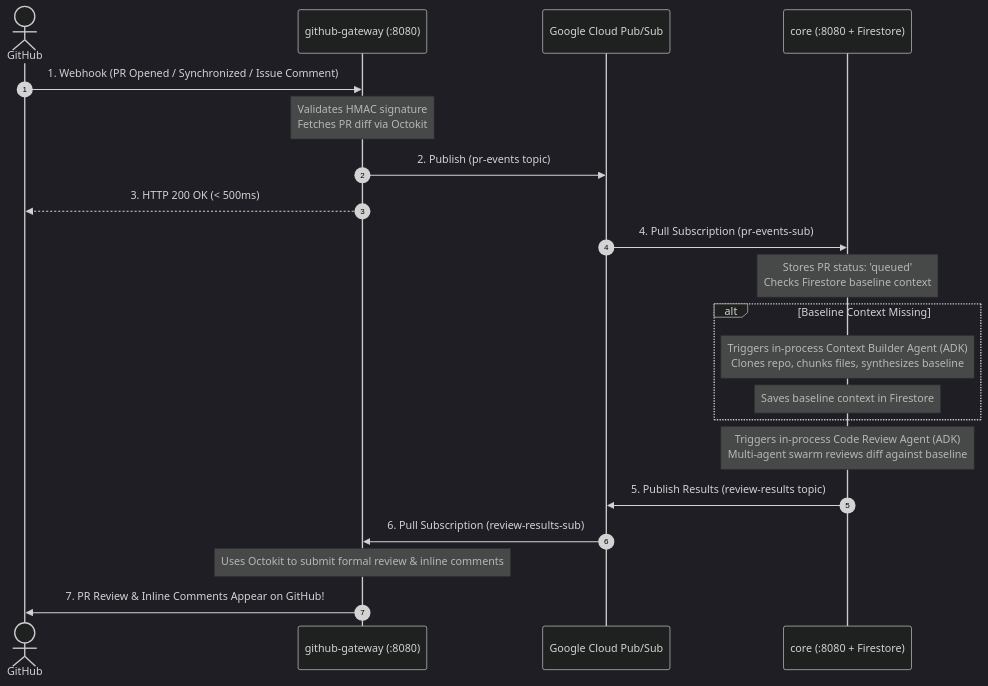
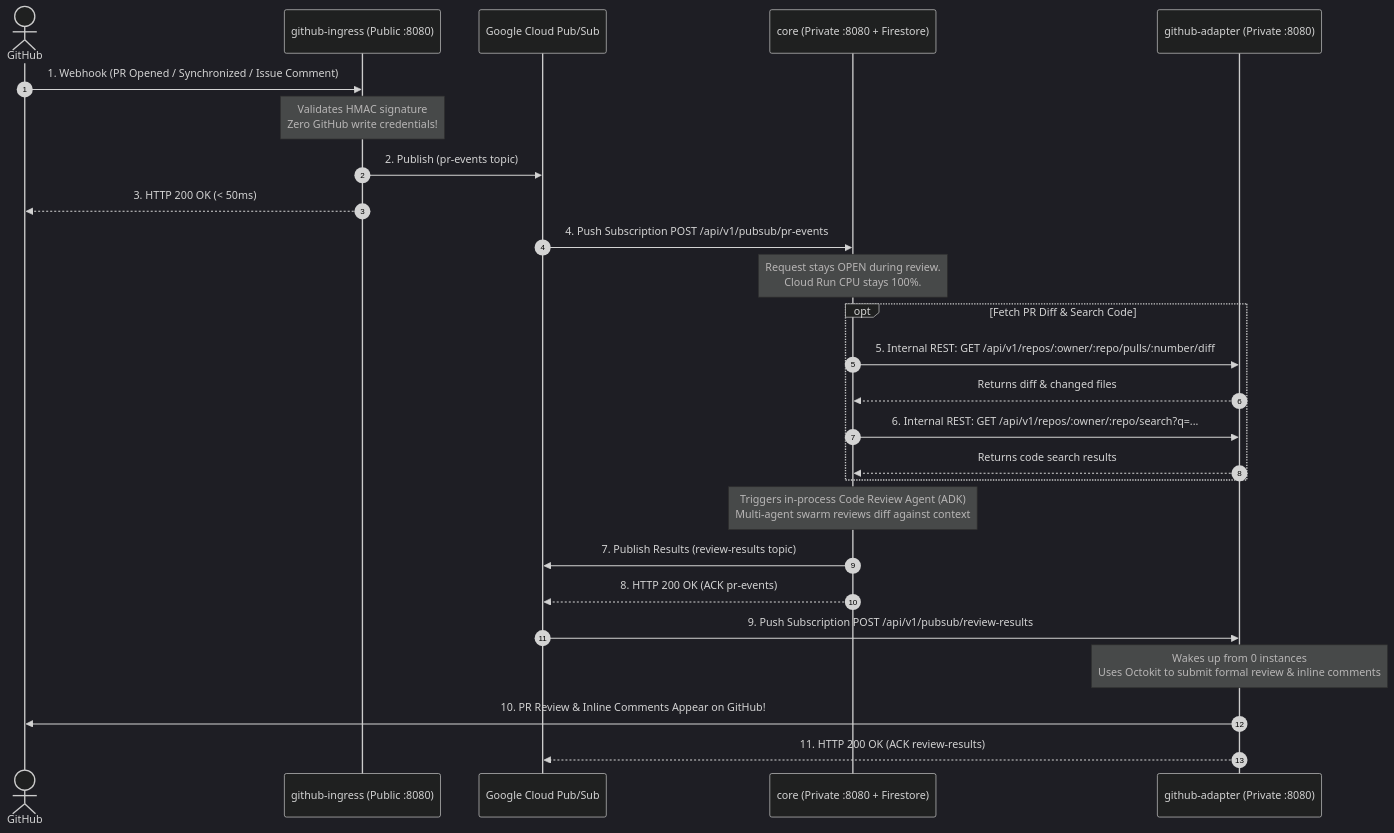
Before and after one commit to usermeme/code-review-agent: the diagram in README.md, drawn with Mermaid (dark theme). The commit also changed other lines of this file and 106 other files, not shown here.

First line of the commit message:
feat(pubsub): support Pub/Sub push subscriptions for serverless scale… (#11)

````diff
--- a/README.md
+++ b/README.md
@@ -23,31 +24,37 @@
 ```mermaid
 sequenceDiagram
     autonumber
     actor GitHub
-    participant GW as github-gateway (:8080)
+    participant Ingress as github-ingress (Public :8080)
     participant Bus as Google Cloud Pub/Sub
-    participant Core as core (:8080 + Firestore)
+    participant Core as core (Private :8080 + Firestore)
+    participant Adapter as github-adapter (Private :8080)
 
     %% 1. Ingress
-    GitHub->>GW: 1. Webhook (PR Opened / Synchronized / Issue Comment)
-    Note over GW: Validates HMAC signature<br/>Fetches PR diff via Octokit
-    GW->>Bus: 2. Publish (pr-events topic)
-    GW-->>GitHub: 3. HTTP 200 OK (< 500ms)
+    GitHub->>Ingress: 1. Webhook (PR Opened / Synchronized / Issue Comment)
+    Note over Ingress: Validates HMAC signature<br/>Zero GitHub write credentials!
+    Ingress->>Bus: 2. Publish (pr-events topic)
+    Ingress-->>GitHub: 3. HTTP 200 OK (< 50ms)
 
     %% 2. Orchestration & Agents (In-process)
-    Bus->>Core: 4. Pull Subscription (pr-events-sub)
-    Note over Core: Stores PR status: 'queued'<br/>Checks Firestore baseline context
-    alt Baseline Context Missing
-        Note over Core: Triggers in-process Context Builder Agent (ADK)<br/>Clones repo, chunks files, synthesizes baseline
-        Note over Core: Saves baseline context in Firestore
+    Bus->>Core: 4. Push Subscription POST /api/v1/pubsub/pr-events
+    Note over Core: Request stays OPEN during review.<br/>Cloud Run CPU stays 100%.
+
+    opt Fetch PR Diff & Search Code
+        Core->>Adapter: 5. Internal REST: GET /api/v1/repos/:owner/:repo/pulls/:number/diff
+        Adapter-->>Core: Returns diff & changed files
+        Core->>Adapter: 6. Internal REST: GET /api/v1/repos/:owner/:repo/search?q=...
+        Adapter-->>Core: Returns code search results
     end
 
     %% 3. Code Review
-    Note over Core: Triggers in-process Code Review Agent (ADK)<br/>Multi-agent swarm reviews diff against baseline
+    Note over Core: Triggers in-process Code Review Agent (ADK)<br/>Multi-agent swarm reviews diff against context
 
     %% 4. Review Completion & Egress
-    Core->>Bus: 5. Publish Results (review-results topic)
-    Bus->>GW: 6. Pull Subscription (review-results-sub)
-    Note over GW: Uses Octokit to submit formal review & inline comments
-    GW->>GitHub: 7. PR Review & Inline Comments Appear on GitHub!
+    Core->>Bus: 7. Publish Results (review-results topic)
+    Core-->>Bus: 8. HTTP 200 OK (ACK pr-events)
+    Bus->>Adapter: 9. Push Subscription POST /api/v1/pubsub/review-results
+    Note over Adapter: Wakes up from 0 instances<br/>Uses Octokit to submit formal review & inline comments
+    Adapter->>GitHub: 10. PR Review & Inline Comments Appear on GitHub!
+    Adapter-->>Bus: 11. HTTP 200 OK (ACK review-results)
 ```
````
